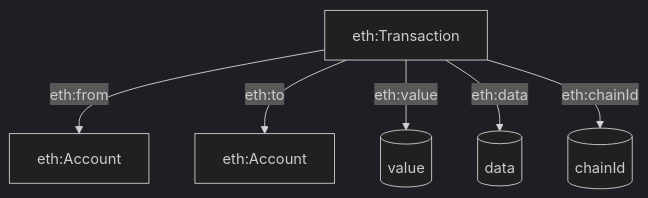
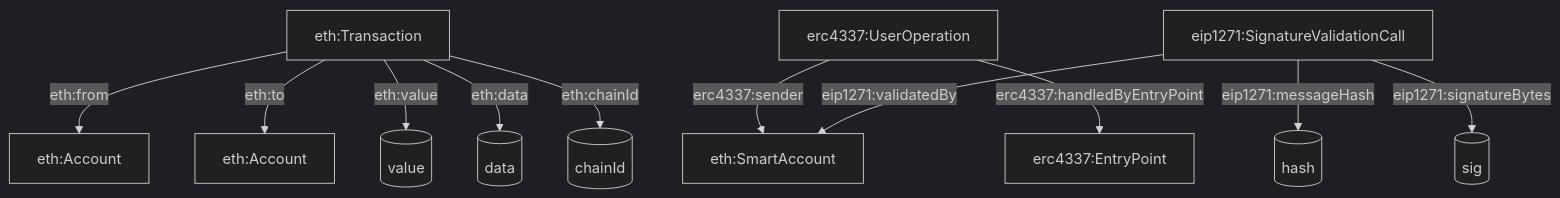
Before and after one commit to RichCanvas3/agent-ontology: the second of 2 diagrams in docs/ethereum.md, drawn with Mermaid (dark theme). The commit also changed other lines of this file and 30 other files, not shown here.

````diff
--- a/docs/ethereum.md
+++ b/docs/ethereum.md
@@ -32,8 +37,15 @@
 ```mermaid
 graph TD
   TX[eth:Transaction] -->|eth:from| FROM[eth:Account]
   TX -->|eth:to| TO[eth:Account]
   TX -->|eth:value| V[(value)]
   TX -->|eth:data| D[(data)]
   TX -->|eth:chainId| CID[(chainId)]
+
+  UO[erc4337:UserOperation] -->|erc4337:sender| SA[eth:SmartAccount]
+  UO -->|erc4337:handledByEntryPoint| EP[erc4337:EntryPoint]
+
+  VC[eip1271:SignatureValidationCall] -->|eip1271:validatedBy| SA
+  VC -->|eip1271:messageHash| H[(hash)]
+  VC -->|eip1271:signatureBytes| SIG[(sig)]
 ```
````
